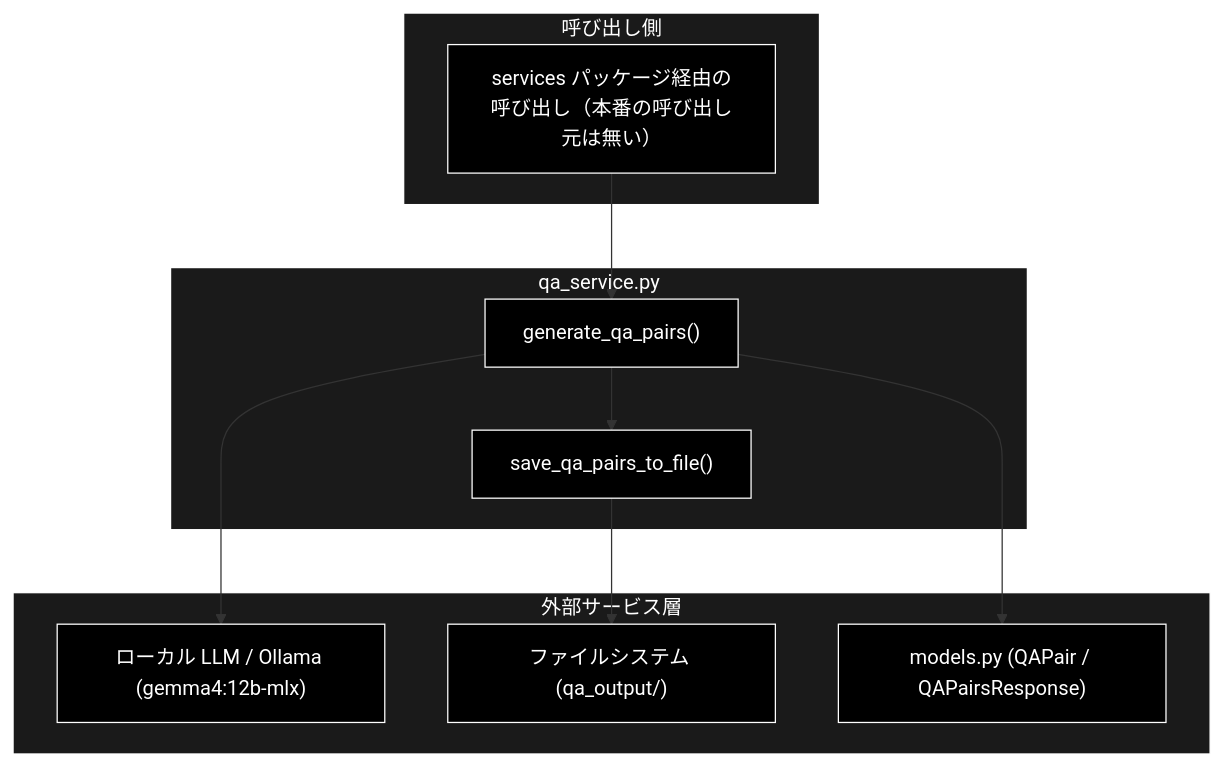
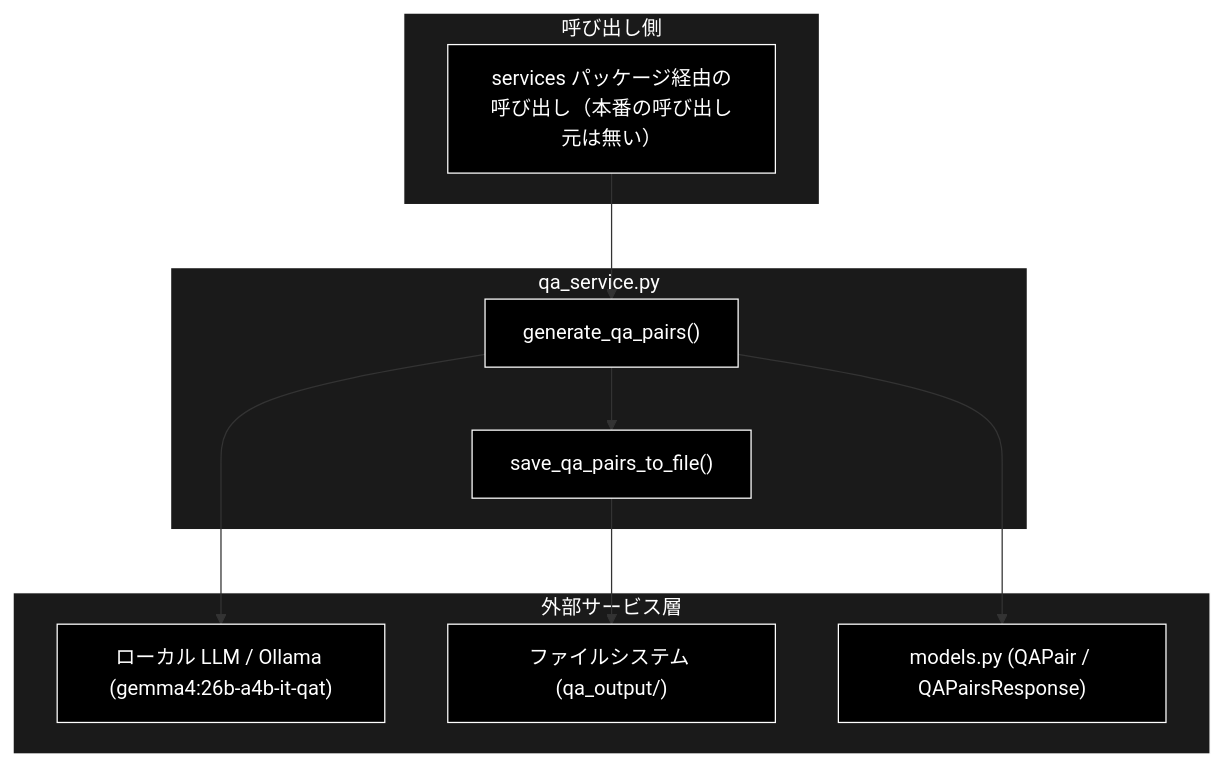
The first of 3 diagrams in services/docs/qa_service.md (nakashima2toshio/grace_v2_local), drawn with Mermaid before and after one commit. The commit also changed other lines of this file and 36 other files, not shown here.

First line of the commit message:
docs: 「LLM は Anthropic Claude」・旧既定モデルの記述を Ollama 版の実態へ直す（作業途中）

````diff
--- a/services/docs/qa_service.md
+++ b/services/docs/qa_service.md
@@ -64,29 +64,29 @@
 ```mermaid
 flowchart TB
     subgraph CLIENT["呼び出し側"]
         CALLER["services パッケージ経由の呼び出し（本番の呼び出し元は無い）"]
     end
 
     subgraph MODULE["qa_service.py"]
         GEN["generate_qa_pairs()"]
         SAVE["save_qa_pairs_to_file()"]
     end
 
     subgraph EXTERNAL["外部サービス層"]
-        OLLAMA["ローカル LLM / Ollama (gemma4:12b-mlx)"]
+        OLLAMA["ローカル LLM / Ollama (gemma4:26b-a4b-it-qat)"]
         FS["ファイルシステム (qa_output/)"]
         MODELS["models.py (QAPair / QAPairsResponse)"]
     end
 
     CALLER --> GEN
     GEN --> OLLAMA
     GEN --> MODELS
     SAVE --> FS
     GEN --> SAVE
 classDef default fill:#000,stroke:#fff,color:#fff
 classDef subgraphStyle fill:#1a1a1a,stroke:#fff,color:#fff
 class CALLER,GEN,SAVE,OLLAMA,FS,MODELS default
 style CLIENT fill:#1a1a1a,stroke:#fff,color:#fff
 style MODULE fill:#1a1a1a,stroke:#fff,color:#fff
 style EXTERNAL fill:#1a1a1a,stroke:#fff,color:#fff
 ```
````
